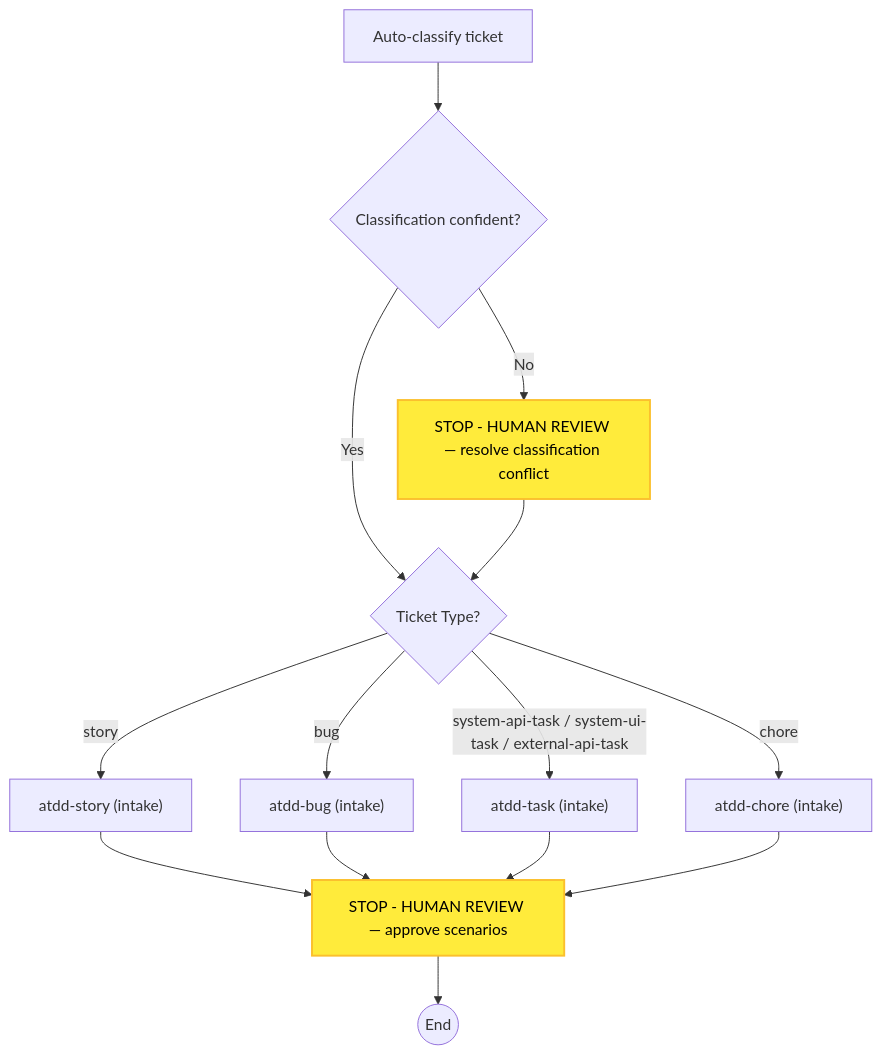
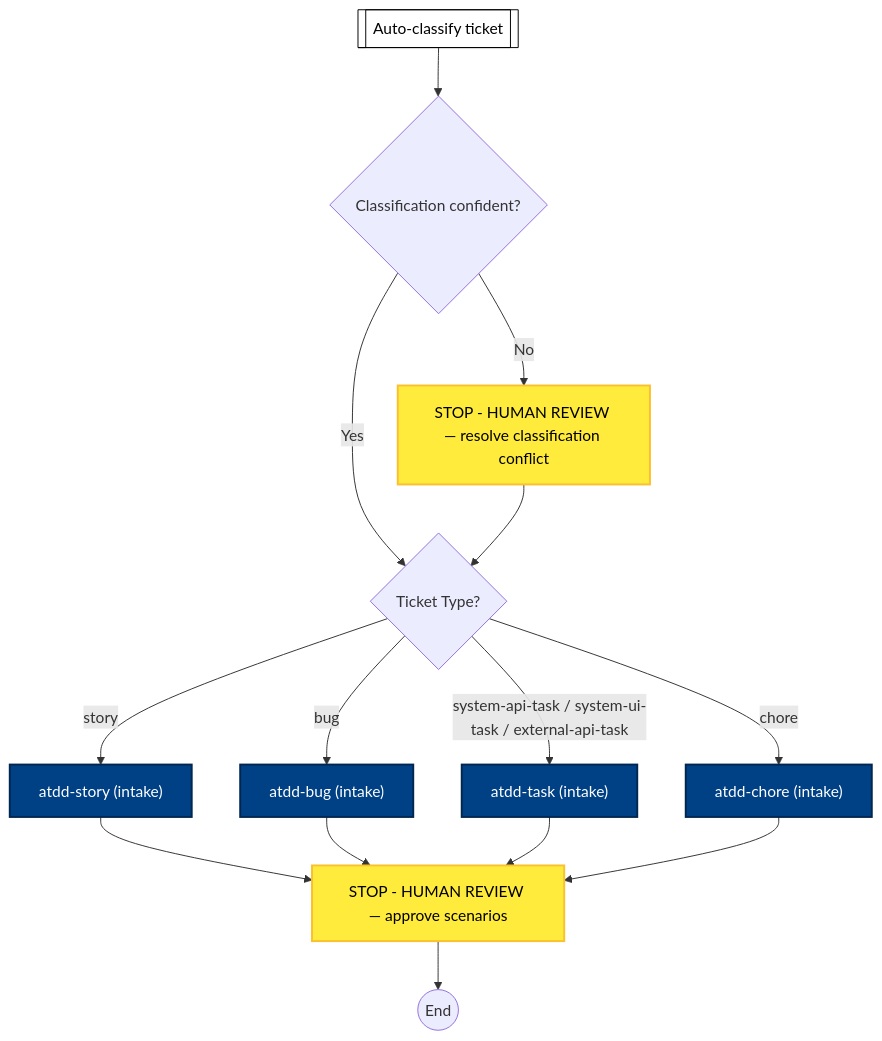
The second of 11 diagrams in docs/process-diagram.md (optivem/gh-optivem), drawn with Mermaid before and after one commit. The commit also changed other lines of this file and 23 other files, not shown here.

````diff
--- a/docs/process-diagram.md
+++ b/docs/process-diagram.md
@@ -32,30 +35,36 @@
 ```mermaid
 flowchart TD
     ATDD_BUG["atdd-bug (intake)"]
     ATDD_CHORE["atdd-chore (intake)"]
     ATDD_STORY["atdd-story (intake)"]
     ATDD_TASK["atdd-task (intake)"]
-    CLASSIFY[Auto-classify ticket]
+    CLASSIFY[[Auto-classify ticket]]
     GATE_CLASSIFY_CONFIDENT{Classification confident?}
     GATE_TICKET_TYPE{Ticket Type?}
     INTAKE_END((End))
     STOP_CLASSIFY_CONFLICT[STOP - HUMAN REVIEW — resolve classification conflict]
     STOP_INTAKE[STOP - HUMAN REVIEW — approve scenarios]
 
     CLASSIFY --> GATE_CLASSIFY_CONFIDENT
     GATE_CLASSIFY_CONFIDENT -- Yes --> GATE_TICKET_TYPE
     GATE_CLASSIFY_CONFIDENT -- No --> STOP_CLASSIFY_CONFLICT
     STOP_CLASSIFY_CONFLICT --> GATE_TICKET_TYPE
     GATE_TICKET_TYPE -- story --> ATDD_STORY
     GATE_TICKET_TYPE -- bug --> ATDD_BUG
     GATE_TICKET_TYPE -- system-api-task / system-ui-task / external-api-task --> ATDD_TASK
     GATE_TICKET_TYPE -- chore --> ATDD_CHORE
     ATDD_STORY --> STOP_INTAKE
     ATDD_BUG --> STOP_INTAKE
     ATDD_TASK --> STOP_INTAKE
     ATDD_CHORE --> STOP_INTAKE
     STOP_INTAKE --> INTAKE_END
 
-    classDef humanReviewNode fill:#ffeb3b,stroke:#fbc02d,stroke-width:2px,color:#000
-    class STOP_CLASSIFY_CONFLICT,STOP_INTAKE humanReviewNode
+    classDef serviceNode fill:#ffffff,stroke:#000000,stroke-width:1px,color:#000000
+    class CLASSIFY serviceNode
+
+    classDef agentNode fill:#004085,stroke:#002752,stroke-width:2px,color:#ffffff
+    class ATDD_BUG,ATDD_CHORE,ATDD_STORY,ATDD_TASK agentNode
+
+    classDef humanNode fill:#ffeb3b,stroke:#fbc02d,stroke-width:2px,color:#000000
+    class STOP_CLASSIFY_CONFLICT,STOP_INTAKE humanNode
 ```
````
